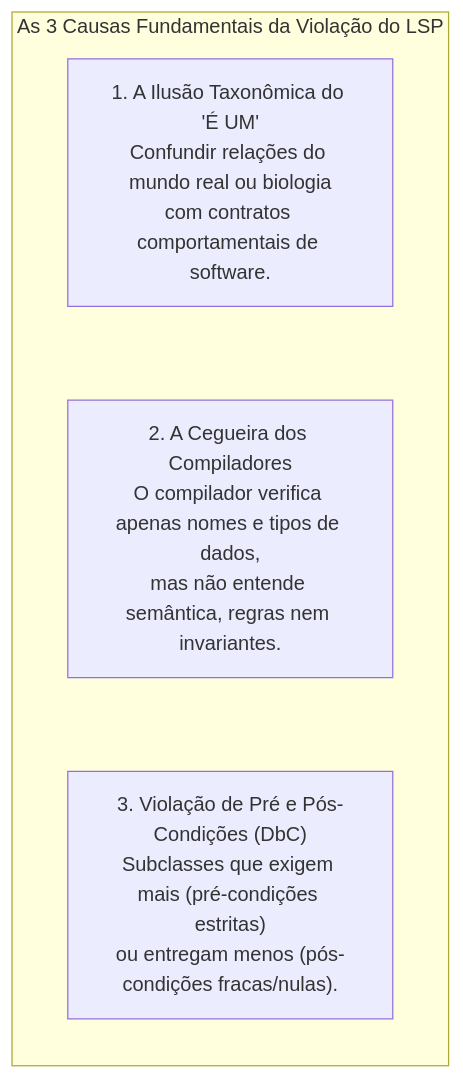
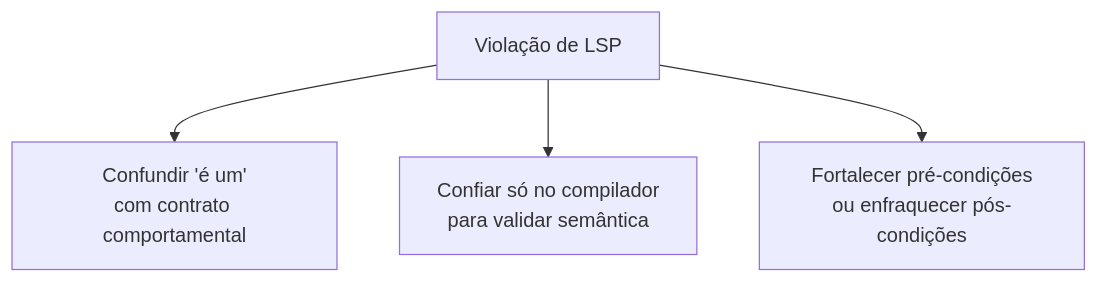
One commit to leorruas/puc changed the seventh of 12 diagrams in 01. Programacao Modular/23. Princípios SOLID de design orientado a objetos.md. Above: the diagram before and after it, drawn with Mermaid. The commit also changed other lines of this file, not shown here.

Commit message:
Normaliza diagramas Mermaid de princípios SOLID

````diff
--- a/01. Programacao Modular/23. Princípios SOLID de design orientado a objetos.md
+++ b/01. Programacao Modular/23. Princípios SOLID de design orientado a objetos.md
@@ -359,12 +312,11 @@
 ```mermaid
 flowchart TD
-    subgraph PorQueLSPFalha ["As 3 Causas Fundamentais da Violação do LSP"]
-        direction TB
+    LSP["Violação de LSP"]:::warning
+    Taxonomia["Confundir 'é um'<br>com contrato comportamental"]:::component
+    Compilador["Confiar só no compilador<br>para validar semântica"]:::component
+    Contrato["Fortalecer pré-condições<br>ou enfraquecer pós-condições"]:::component
 
-        C1["1. A Ilusão Taxonômica do 'É UM'<br>Confundir relações do mundo real ou biologia<br>com contratos comportamentais de software."]
-        C2["2. A Cegueira dos Compiladores<br>O compilador verifica apenas nomes e tipos de dados,<br>mas não entende semântica, regras nem invariantes."]
-        C3["3. Violação de Pré e Pós-Condições (DbC)<br>Subclasses que exigem mais (pré-condições estritas)<br>ou entregam menos (pós-condições fracas/nulas)."]
-
-        C1 ~~~ C2 ~~~ C3
-    end
+    LSP --> Taxonomia
+    LSP --> Compilador
+    LSP --> Contrato
 ```
````
